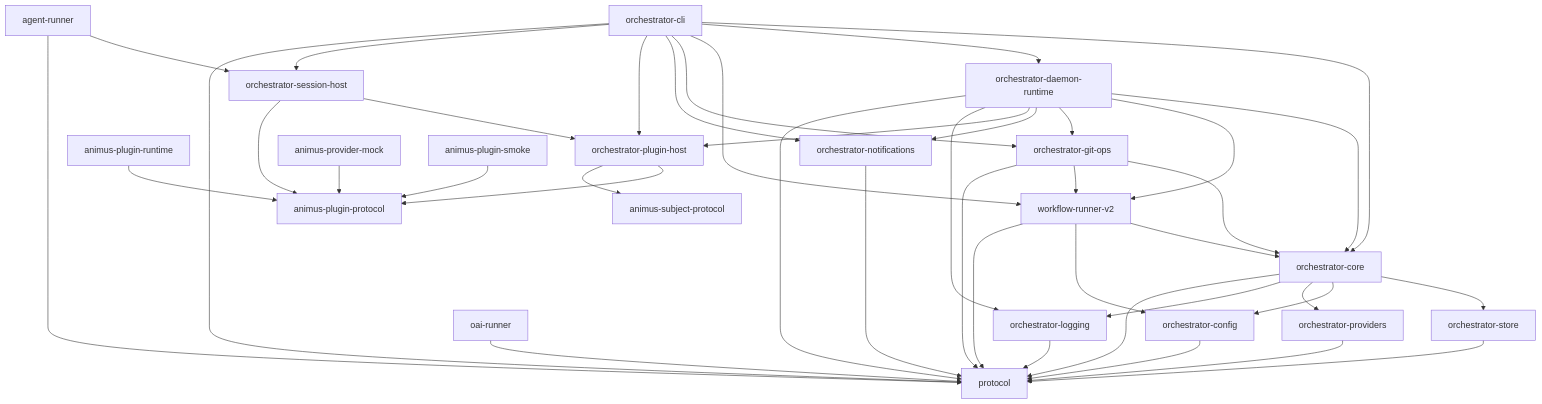
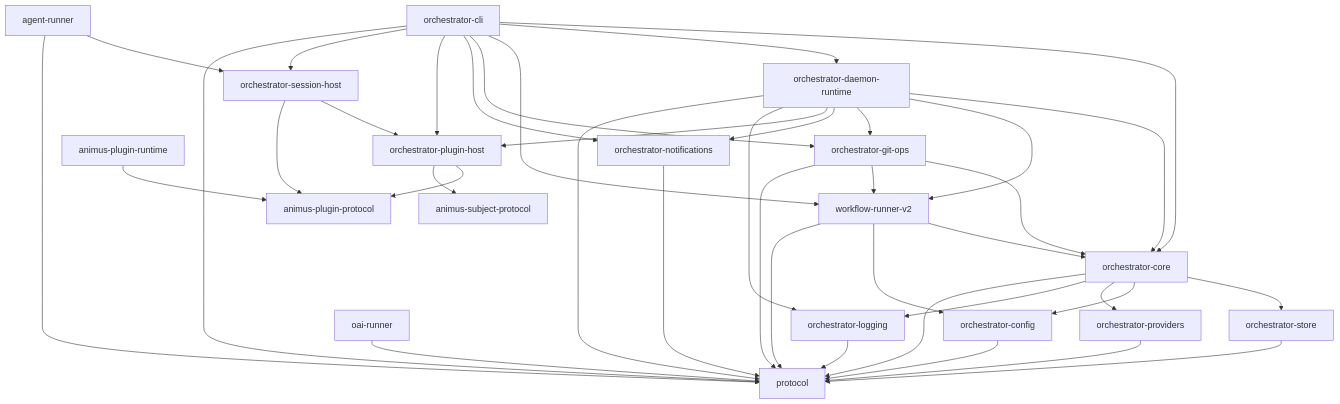
One commit to launchapp-dev/ao-cli changed the diagram in docs/architecture/index.md. Above: the diagram before and after it, drawn with Mermaid. The commit also changed other lines of this file and 6 other files, not shown here.

````diff
--- a/docs/architecture/index.md
+++ b/docs/architecture/index.md
@@ -20,74 +20,70 @@
 ```mermaid
 graph TD
     CLI[orchestrator-cli]
     CORE[orchestrator-core]
     PROTO[protocol]
     STORE[orchestrator-store]
     CONFIG[orchestrator-config]
     DAEMON[orchestrator-daemon-runtime]
     WR[workflow-runner-v2]
     AR[agent-runner]
     SESSION[orchestrator-session-host]
     PLUGIN_HOST[orchestrator-plugin-host]
     PLUGIN_PROTO[animus-plugin-protocol]
     PLUGIN_RUNTIME[animus-plugin-runtime]
     SUBJECT_PROTO[animus-subject-protocol]
     OAI[oai-runner]
     PROV[orchestrator-providers]
     NOTIF[orchestrator-notifications]
     GIT[orchestrator-git-ops]
     LOG[orchestrator-logging]
-    MOCK[animus-provider-mock]
-    SMOKE[animus-plugin-smoke]
 
     CLI --> CORE
     CLI --> DAEMON
     CLI --> WR
     CLI --> GIT
     CLI --> NOTIF
     CLI --> PLUGIN_HOST
     CLI --> SESSION
     CLI --> PROTO
 
     DAEMON --> CORE
     DAEMON --> WR
     DAEMON --> GIT
     DAEMON --> NOTIF
     DAEMON --> PLUGIN_HOST
     DAEMON --> LOG
     DAEMON --> PROTO
 
     WR --> CORE
     WR --> CONFIG
     WR --> PROTO
 
     AR --> SESSION
     AR --> PROTO
 
     SESSION --> PLUGIN_HOST
     SESSION --> PLUGIN_PROTO
 
     PLUGIN_HOST --> PLUGIN_PROTO
     PLUGIN_HOST --> SUBJECT_PROTO
 
     CORE --> STORE
     CORE --> CONFIG
     CORE --> PROV
     CORE --> LOG
     CORE --> PROTO
 
     OAI --> PROTO
     GIT --> CORE
     GIT --> WR
     GIT --> PROTO
 
     STORE --> PROTO
     CONFIG --> PROTO
     PROV --> PROTO
     NOTIF --> PROTO
     LOG --> PROTO
 
     PLUGIN_RUNTIME --> PLUGIN_PROTO
-    MOCK --> PLUGIN_PROTO
-    SMOKE --> PLUGIN_PROTO
 ```
````
